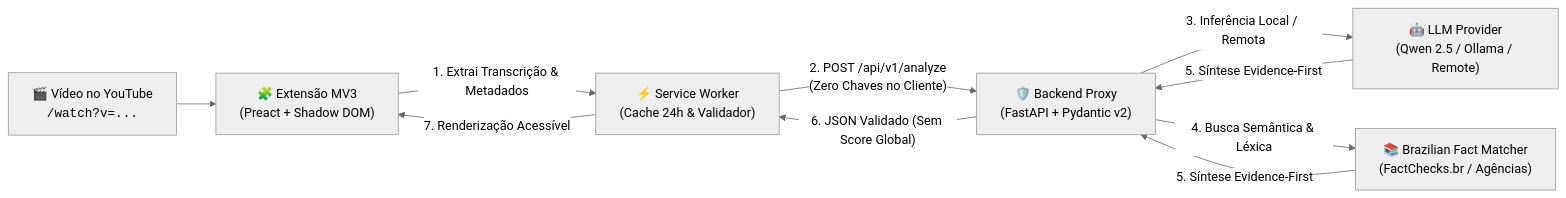
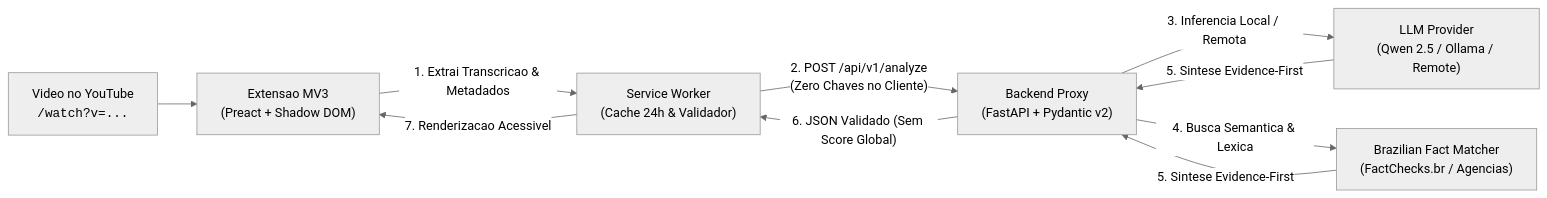
One commit to evidencia-grupo/EvidencIA changed the first of 2 diagrams in README.md. Above: the diagram before and after it, drawn with Mermaid (neutral theme). The commit also changed other lines of this file and 8 other files, not shown here.

````diff
--- a/README.md
+++ b/README.md
@@ -24,11 +24,11 @@
 ```mermaid
 flowchart LR
-    A["🎬 Vídeo no YouTube<br><code>/watch?v=...</code>"] --> B["🧩 Extensão MV3<br>(Preact + Shadow DOM)"]
-    B -->|"1. Extrai Transcrição & Metadados"| C["⚡ Service Worker<br>(Cache 24h & Validador)"]
-    C -->|"2. POST /api/v1/analyze<br>(Zero Chaves no Cliente)"| D["🛡️ Backend Proxy<br>(FastAPI + Pydantic v2)"]
-    D -->|"3. Inferência Local / Remota"| E["🤖 LLM Provider<br>(Qwen 2.5 / Ollama / Remote)"]
-    D -->|"4. Busca Semântica & Léxica"| F["📚 Brazilian Fact Matcher<br>(FactChecks.br / Agências)"]
-    E & F -->|"5. Síntese Evidence-First"| D
+    A["Video no YouTube<br><code>/watch?v=...</code>"] --> B["Extensao MV3<br>(Preact + Shadow DOM)"]
+    B -->|"1. Extrai Transcricao & Metadados"| C["Service Worker<br>(Cache 24h & Validador)"]
+    C -->|"2. POST /api/v1/analyze<br>(Zero Chaves no Cliente)"| D["Backend Proxy<br>(FastAPI + Pydantic v2)"]
+    D -->|"3. Inferencia Local / Remota"| E["LLM Provider<br>(Qwen 2.5 / Ollama / Remote)"]
+    D -->|"4. Busca Semantica & Lexica"| F["Brazilian Fact Matcher<br>(FactChecks.br / Agencias)"]
+    E & F -->|"5. Sintese Evidence-First"| D
     D -->|"6. JSON Validado (Sem Score Global)"| C
-    C -->|"7. Renderização Acessível"| B
+    C -->|"7. Renderizacao Acessivel"| B
 ```
````
